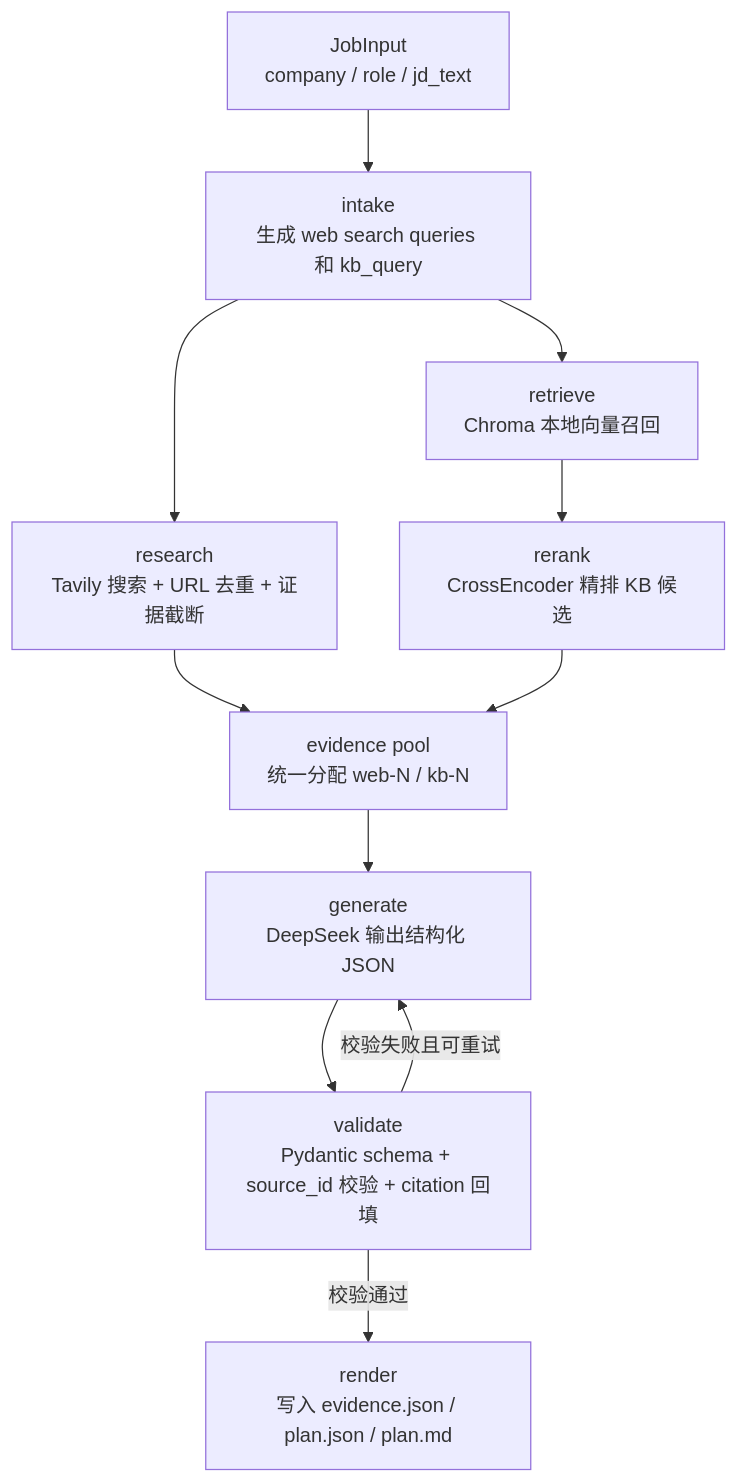
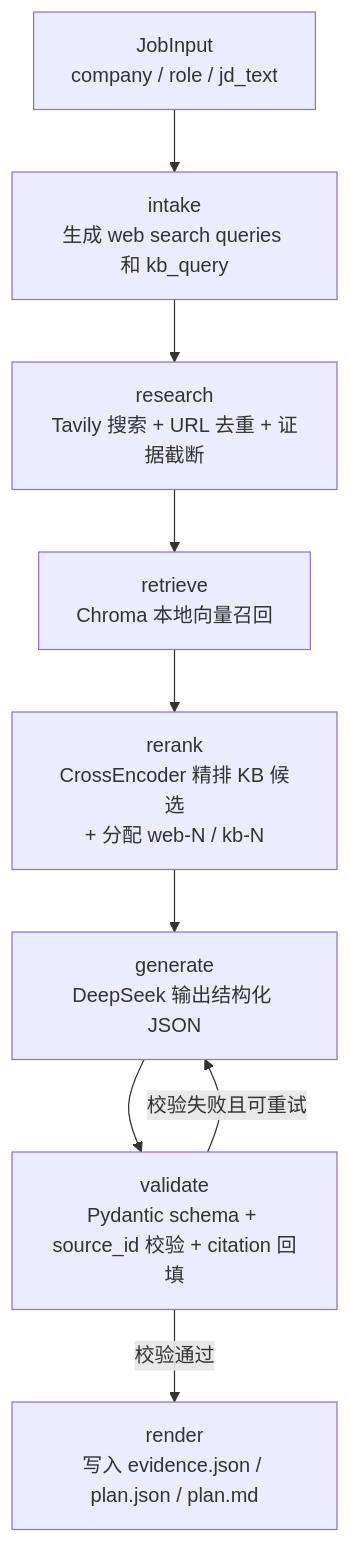
Before and after one commit to hyblif/jobagent: the diagram in README.md, drawn with Mermaid. The commit also changed other lines of this file, not shown here.

Commit message:
fix: address code review findings
- Correct mermaid diagram: sequential intake→research→retrieve→rerank (was incorrectly showing parallel branch from intake); remove fictional "evidence pool" node (ID assignment belongs to rerank_node)
- Restore accurate TAVILY_API_KEY fallback description (generic-advice path exists in nodes.py)
- Restore runs/ gitignore reminder and output file content descriptions

````diff
--- a/README.md
+++ b/README.md
@@ -15,13 +15,11 @@
 ```mermaid
 flowchart TD
     A["JobInput<br/>company / role / jd_text"] --> B["intake<br/>生成 web search queries 和 kb_query"]
     B --> C["research<br/>Tavily 搜索 + URL 去重 + 证据截断"]
-    B --> D["retrieve<br/>Chroma 本地向量召回"]
-    D --> E["rerank<br/>CrossEncoder 精排 KB 候选"]
-    C --> F["evidence pool<br/>统一分配 web-N / kb-N"]
-    E --> F
-    F --> G["generate<br/>DeepSeek 输出结构化 JSON"]
-    G --> H["validate<br/>Pydantic schema + source_id 校验 + citation 回填"]
-    H -->|校验失败且可重试| G
-    H -->|校验通过| I["render<br/>写入 evidence.json / plan.json / plan.md"]
+    C --> D["retrieve<br/>Chroma 本地向量召回"]
+    D --> E["rerank<br/>CrossEncoder 精排 KB 候选<br/>+ 分配 web-N / kb-N"]
+    E --> F["generate<br/>DeepSeek 输出结构化 JSON"]
+    F --> G["validate<br/>Pydantic schema + source_id 校验 + citation 回填"]
+    G -->|校验失败且可重试| F
+    G -->|校验通过| H["render<br/>写入 evidence.json / plan.json / plan.md"]
 ```
````
